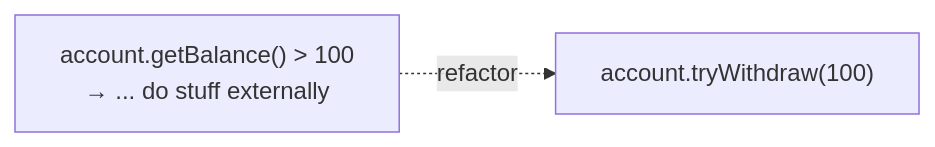
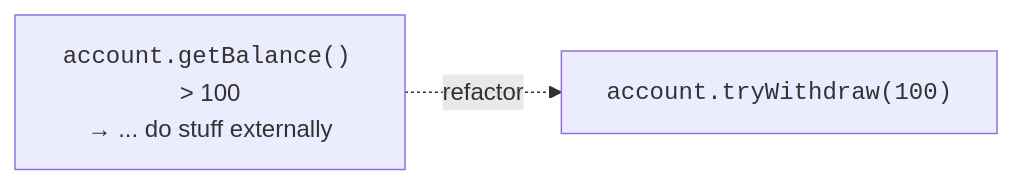
The fourth of 4 diagrams in content/learn/oop-blueprint-java/responsibility-driven-design.mdx (dataslope/dataslope), drawn with Mermaid before and after one commit. The commit also changed other lines of this file and 153 other files, not shown here.

First line of the commit message:
Render code-only mermaid shapes in monospace; convert step sequences to Steps

````diff
--- a/content/learn/oop-blueprint-java/responsibility-driven-design.mdx
+++ b/content/learn/oop-blueprint-java/responsibility-driven-design.mdx
@@ -339,6 +339,6 @@
 ```mermaid
 flowchart LR
-    Bad["account.getBalance() > 100<br/>→ ... do stuff externally"]
-    Good["account.tryWithdraw(100)"]
+    Bad["<code>account.getBalance()</code> > 100<br/>→ ... do stuff externally"]
+    Good["<code>account.tryWithdraw(100)</code>"]
     Bad -. refactor .-> Good
 ```
````
